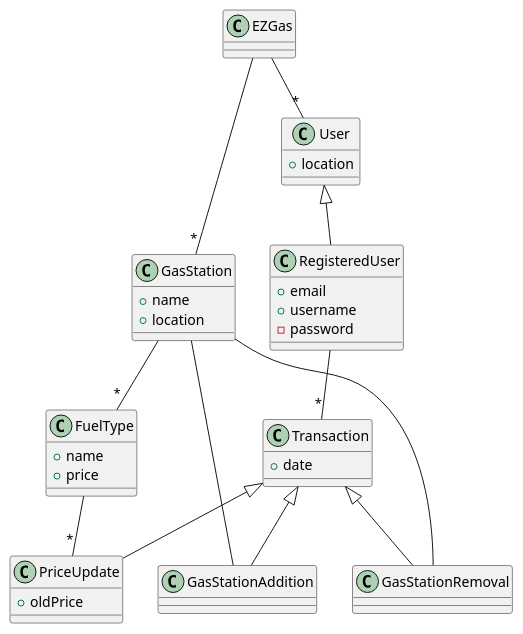
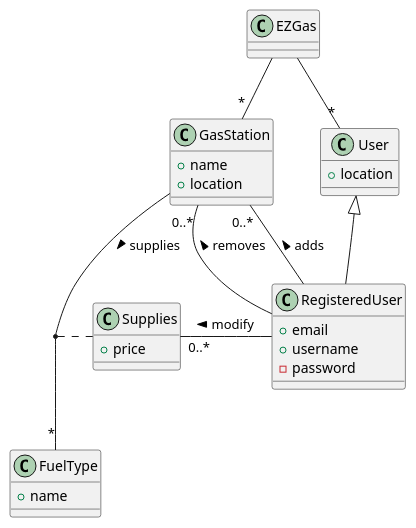
Before and after one commit to SoftengPoliTo/Lab2: the third of 3 diagrams in REQ_s280113.md, drawn with PlantUML. The commit also changed other lines of this file, not shown here.

````diff
--- a/REQ_s280113.md
+++ b/REQ_s280113.md
@@ -278,57 +300,39 @@
 ```plantuml
 class EZGas
 
 class User {
 + location
 }
 
 class RegisteredUser {
 + email
 + username
 - password
 }
 
 class GasStation {
 + name
 + location
 }
 
 class FuelType {
 + name
+}
+
+class Supplies {
 + price
 }
 
-class Transaction {
-+ date
-}
-
-class GasStationAddition {
-}
-
-class GasStationRemoval {
-}
-
-class PriceUpdate {
-+ oldPrice
-}
+EZGas -- "*" User
+EZGas -- "*" GasStation
+GasStation  -- "*" FuelType : supplies >
+(GasStation, FuelType) .. Supplies
+User <|-- RegisteredUser
 
 
-
-EZGas -- "*" User
-EZGas -- "*" GasStation
+GasStation "0..*" --  RegisteredUser: < adds 
+GasStation "0..*" -- RegisteredUser : < removes
+RegisteredUser -left "0..*" Supplies :  modify > 
 
 
-GasStation -- "*" FuelType
-GasStation -- GasStationAddition
-GasStation -- GasStationRemoval
-
-User <|-- RegisteredUser
-RegisteredUser --"*" Transaction
-
-FuelType --"*" PriceUpdate
-
-Transaction <|-- PriceUpdate
-Transaction <|-- GasStationAddition
-Transaction <|-- GasStationRemoval
-
 ```
````
